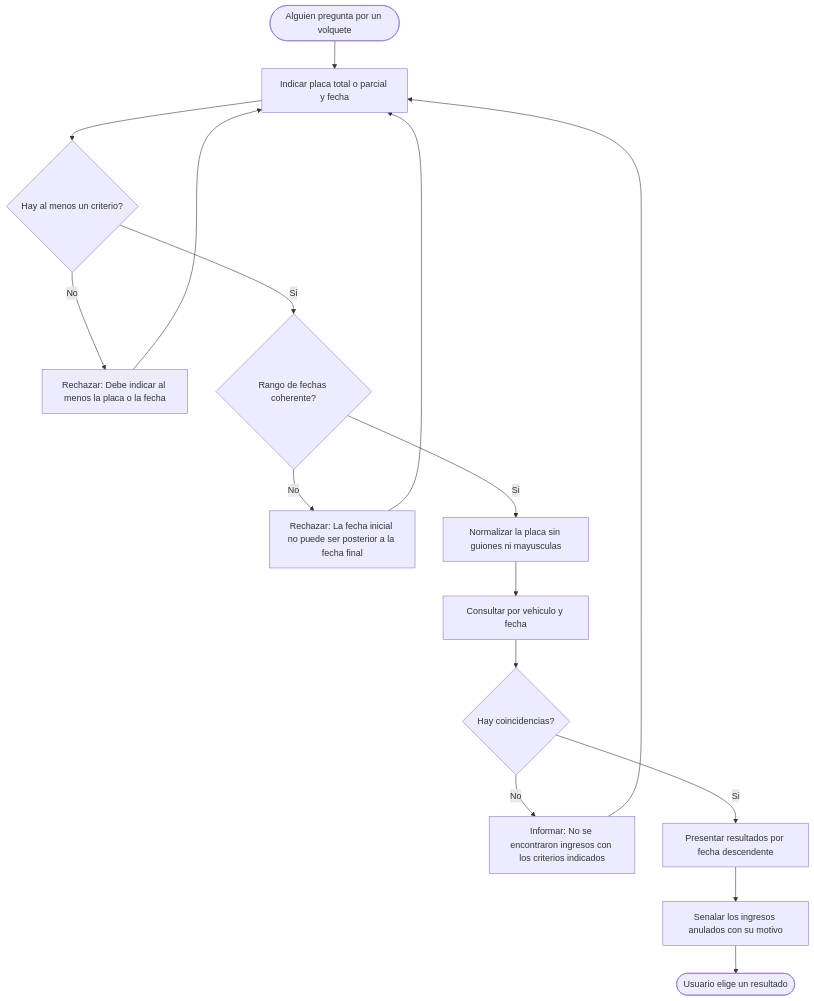
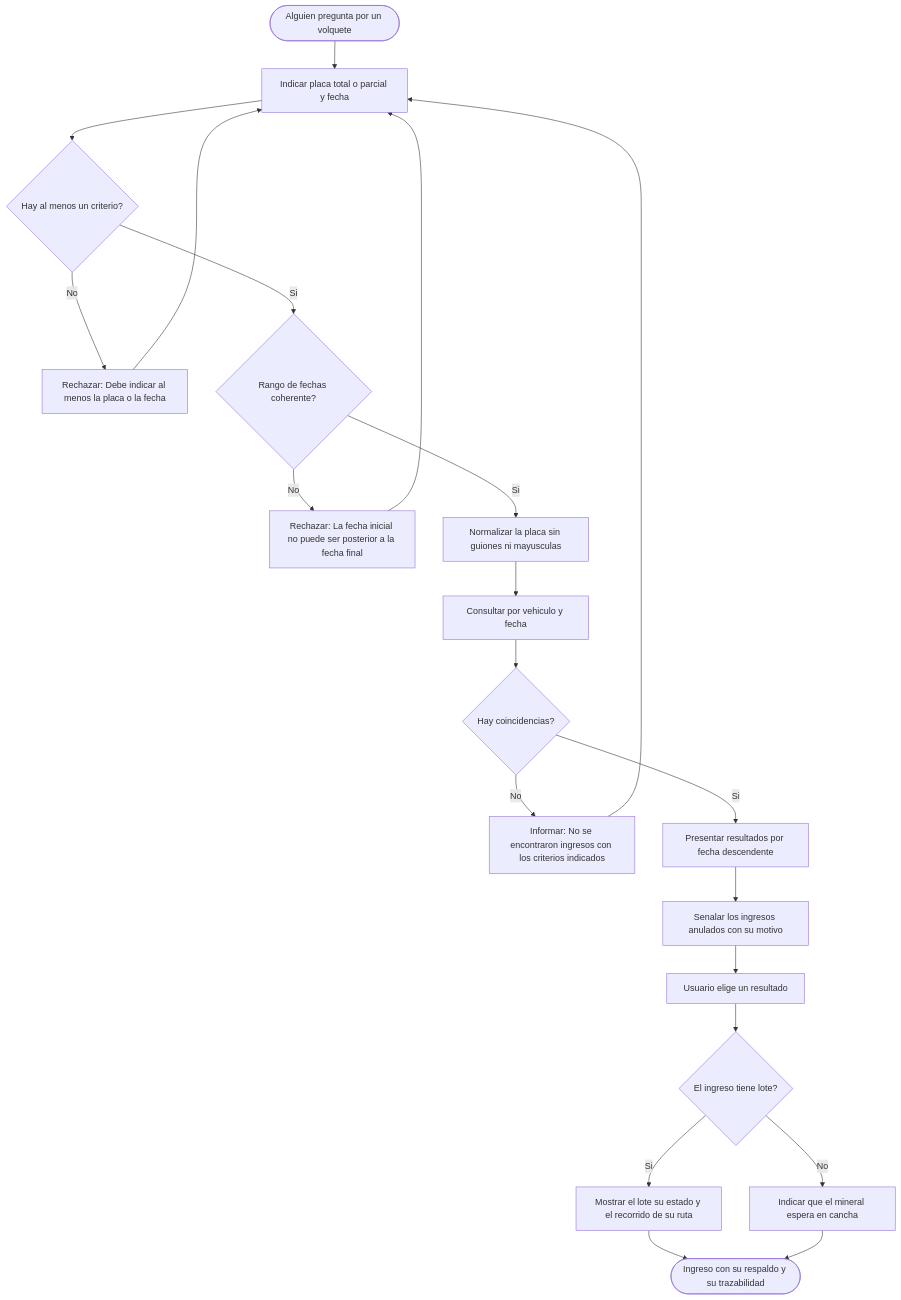
Before and after one commit to adlerOmonte1/LogisticaMinera: the first of 4 diagrams in docs/modulos/M07-consulta/diagramas/actividades.md, drawn with Mermaid. The commit also changed other lines of this file and 9 other files, not shown here.

````diff
--- a/docs/modulos/M07-consulta/diagramas/actividades.md
+++ b/docs/modulos/M07-consulta/diagramas/actividades.md
@@ -5,18 +5,23 @@
 ```mermaid
 flowchart TD
     I([Alguien pregunta por un volquete]) --> L1[Indicar placa total o parcial y fecha]
     L1 --> V1{Hay al menos un criterio?}
     V1 -->|No| E1[Rechazar: Debe indicar al menos la placa o la fecha]
     E1 --> L1
     V1 -->|Si| V2{Rango de fechas coherente?}
     V2 -->|No| E2[Rechazar: La fecha inicial no puede ser posterior a la fecha final]
     E2 --> L1
     V2 -->|Si| C1[Normalizar la placa sin guiones ni mayusculas]
     C1 --> C2[Consultar por vehiculo y fecha]
     C2 --> D1{Hay coincidencias?}
     D1 -->|No| M1[Informar: No se encontraron ingresos con los criterios indicados]
     M1 --> L1
     D1 -->|Si| C3[Presentar resultados por fecha descendente]
     C3 --> C4[Senalar los ingresos anulados con su motivo]
-    C4 --> F([Usuario elige un resultado])
+    C4 --> C5[Usuario elige un resultado]
+    C5 --> D2{El ingreso tiene lote?}
+    D2 -->|Si| C6[Mostrar el lote su estado y el recorrido de su ruta]
+    D2 -->|No| C7[Indicar que el mineral espera en cancha]
+    C6 --> F([Ingreso con su respaldo y su trazabilidad])
+    C7 --> F
 ```
````
